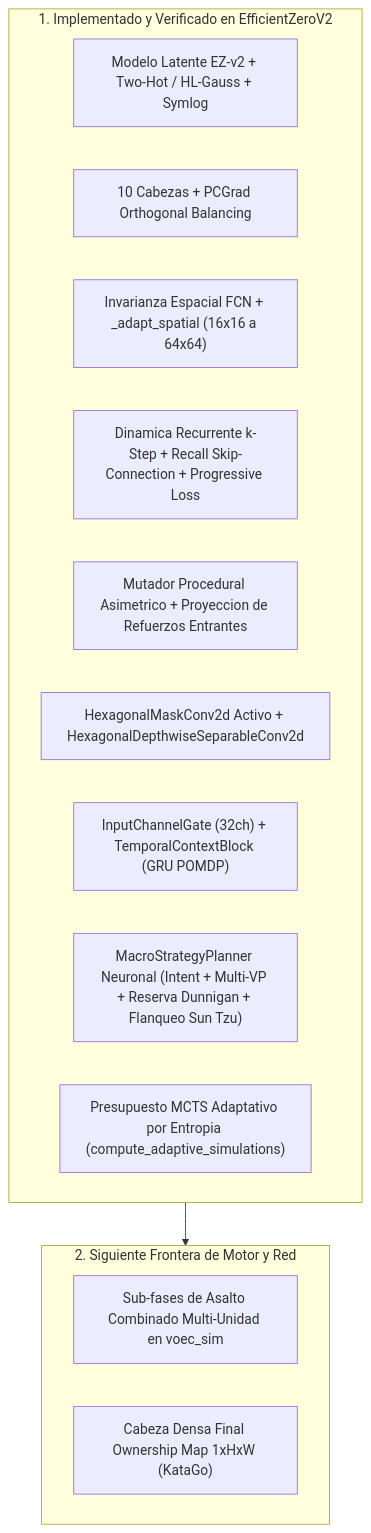
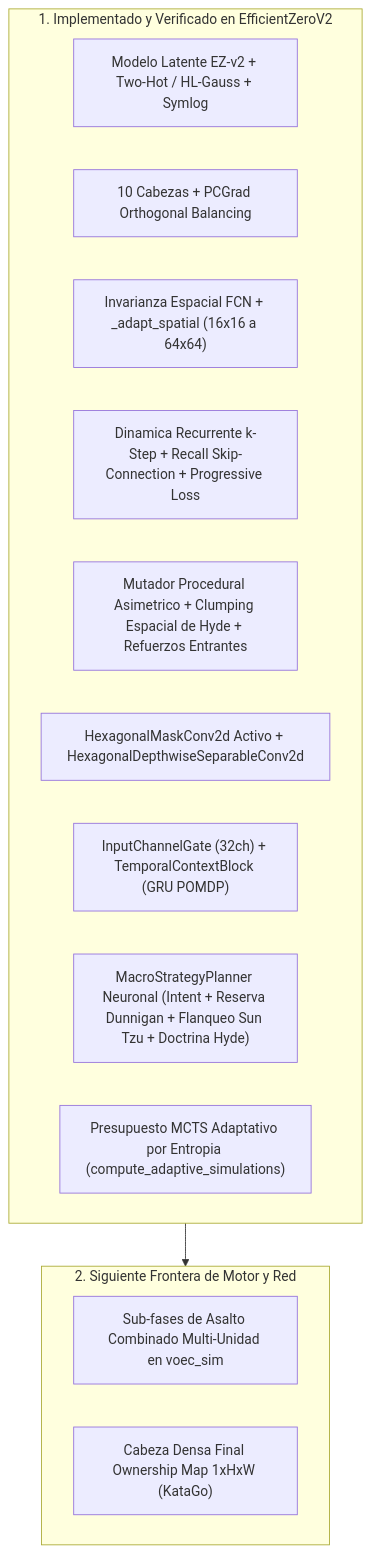
Before and after one commit to richardcc/assault-ai-pilot: the sixth of 6 diagrams in docs/06_LITERATURE_AUDIT_CHANNELS_HEADS_TACTICS.md, drawn with Mermaid. The commit also changed other lines of this file and 4 other files, not shown here.

Commit message:
feat(ezv2): incorporate Henry Hyde (2015) spatial clumping, cohesion tiers, BUA & anti-pursuit doctrines

````diff
--- a/docs/06_LITERATURE_AUDIT_CHANNELS_HEADS_TACTICS.md
+++ b/docs/06_LITERATURE_AUDIT_CHANNELS_HEADS_TACTICS.md
@@ -391,21 +398,21 @@
 ```mermaid
 flowchart TD
     subgraph Implementado["1. Implementado y Verificado en EfficientZeroV2"]
         I1["Modelo Latente EZ-v2 + Two-Hot / HL-Gauss + Symlog"]
         I2["10 Cabezas + PCGrad Orthogonal Balancing"]
         I3["Invarianza Espacial FCN + _adapt_spatial (16x16 a 64x64)"]
         I4["Dinamica Recurrente k-Step + Recall Skip-Connection + Progressive Loss"]
-        I5["Mutador Procedural Asimetrico + Proyeccion de Refuerzos Entrantes"]
+        I5["Mutador Procedural Asimetrico + Clumping Espacial de Hyde + Refuerzos Entrantes"]
         I6["HexagonalMaskConv2d Activo + HexagonalDepthwiseSeparableConv2d"]
         I7["InputChannelGate (32ch) + TemporalContextBlock (GRU POMDP)"]
-        I8["MacroStrategyPlanner Neuronal (Intent + Multi-VP + Reserva Dunnigan + Flanqueo Sun Tzu)"]
+        I8["MacroStrategyPlanner Neuronal (Intent + Reserva Dunnigan + Flanqueo Sun Tzu + Doctrina Hyde)"]
         I9["Presupuesto MCTS Adaptativo por Entropia (compute_adaptive_simulations)"]
     end
 
     subgraph Fase_Avanzada["2. Siguiente Frontera de Motor y Red"]
         A1["Sub-fases de Asalto Combinado Multi-Unidad en voec_sim"]
         A2["Cabeza Densa Final Ownership Map 1xHxW (KataGo)"]
     end
 
     Implementado --> Fase_Avanzada
 ```
````
